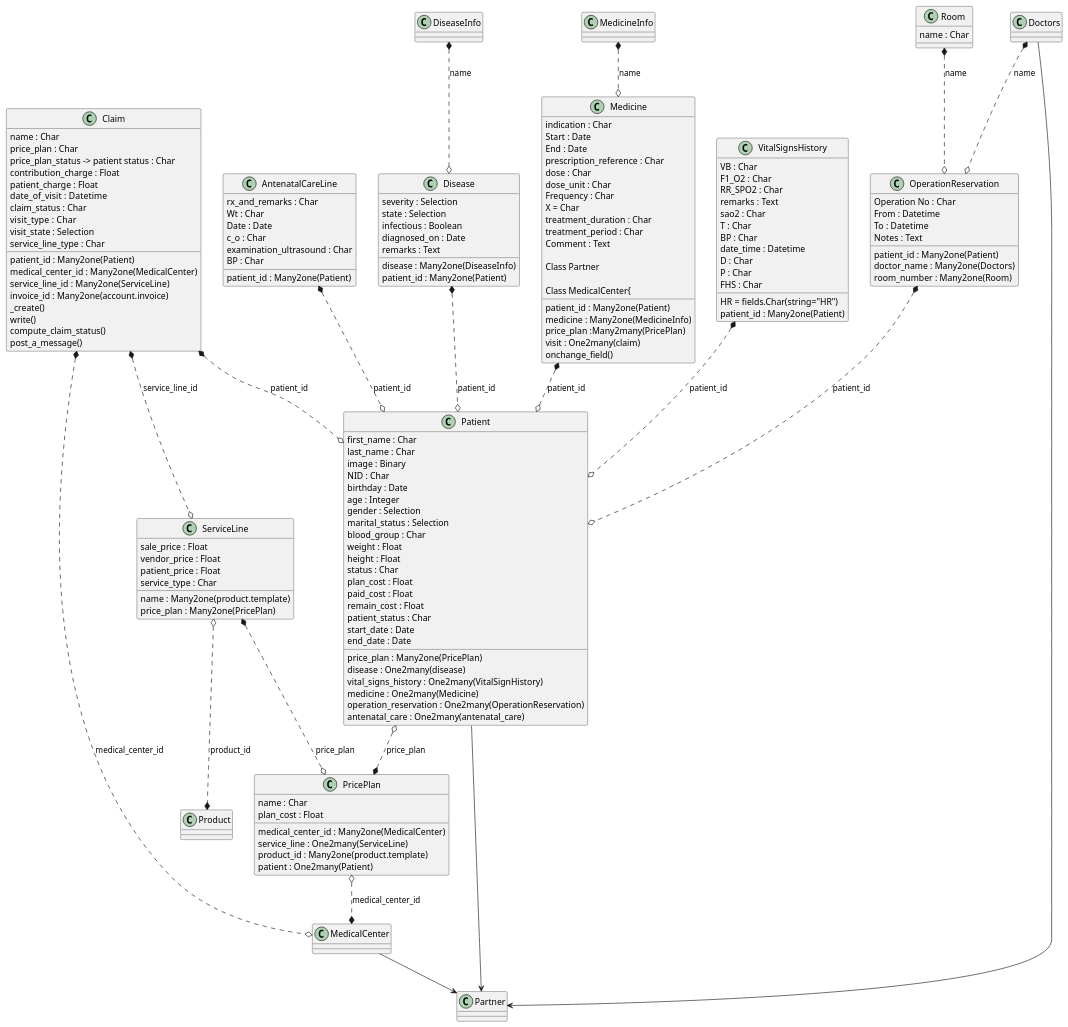
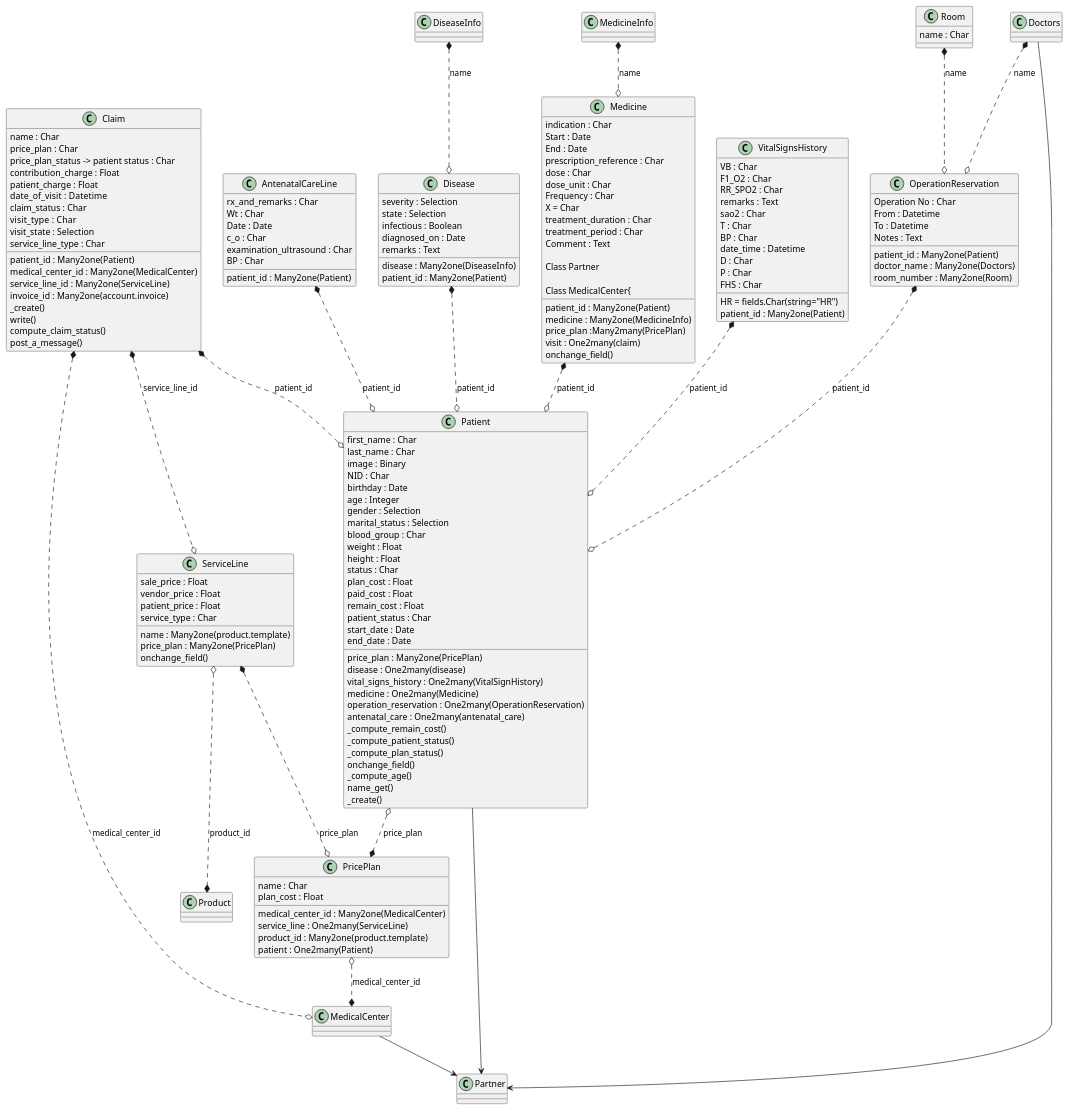
Before and after one commit to kholioeg/oeh_claim_management: the diagram in medical_insurance/claims_classes.puml, drawn with PlantUML.

Commit message:
Add functions in UML file

```diff
--- a/medical_insurance/claims_classes.puml
+++ b/medical_insurance/claims_classes.puml
@@ -1,185 +1,192 @@
 @startuml
 
 Claim *..o Patient : patient_id
 Claim *..o MedicalCenter : medical_center_id
 Claim *..o ServiceLine : service_line_id
 
 ServiceLine *..o PricePlan : price_plan
 ServiceLine o..* Product : product_id
 
 
 PricePlan o..* MedicalCenter : medical_center_id
 
 Patient o..* PricePlan : price_plan
 
 AntenatalCareLine *..o Patient : patient_id
 Disease *..o Patient : patient_id
 Medicine *..o Patient : patient_id
 OperationReservation *..o Patient : patient_id
 VitalSignsHistory *..o Patient : patient_id
 
 DiseaseInfo *..o Disease : name
 MedicineInfo *..o Medicine : name
 Doctors *..o OperationReservation : name
 Room *..o OperationReservation : name
 
 MedicalCenter --> Partner
 Patient --> Partner
 Doctors --> Partner
 
 
 
 class Room{
 name : Char
 }
 class Doctors{
 }
 class MedicineInfo{
 }
 class DiseaseInfo{
 }
 class OperationReservation{
     Operation No : Char
     From : Datetime
     To : Datetime
     Notes : Text
     patient_id : Many2one(Patient)
     doctor_name : Many2one(Doctors)
     room_number : Many2one(Room)
 }
 
 
 class VitalSignsHistory{
     VB : Char
     F1_O2 : Char
     RR_SPO2 : Char
     remarks : Text
     sao2 : Char
     T : Char
     BP : Char
     HR = fields.Char(string="HR")
     date_time : Datetime
     D : Char
     P : Char
     FHS : Char
     patient_id : Many2one(Patient)
 }
 class Disease{
     severity : Selection
     state : Selection
     infectious : Boolean
     diagnosed_on : Date
     remarks : Text
     disease : Many2one(DiseaseInfo)
     patient_id : Many2one(Patient)
 }
 
 class AntenatalCareLine{
     rx_and_remarks : Char
     Wt : Char
     Date : Date
     c_o : Char
     examination_ultrasound : Char
     BP : Char
     patient_id : Many2one(Patient)
 }
 
 Class Medicine{
     patient_id : Many2one(Patient)
     medicine : Many2one(MedicineInfo)
     indication : Char
     Start : Date
     End : Date
     prescription_reference : Char
     dose : Char
     dose_unit : Char
     Frequency : Char
     X = Char
     treatment_duration : Char
     treatment_period : Char
     Comment : Text
 
 Class Partner
 
 Class MedicalCenter{
     price_plan :Many2many(PricePlan)
     visit : One2many(claim)
     onchange_field()
 }
 
 Class ServiceLine
 {
     sale_price : Float
     vendor_price : Float
     patient_price : Float
     service_type : Char
     name : Many2one(product.template)
     price_plan : Many2one(PricePlan)
+    onchange_field()
 }
 
 
 
 
 Class PricePlan{
     name : Char
     plan_cost : Float
     medical_center_id : Many2one(MedicalCenter)
     service_line : One2many(ServiceLine)
     product_id : Many2one(product.template)
     patient : One2many(Patient)
 }
 
 Class Patient{
     first_name : Char
     last_name : Char
     image : Binary
     NID : Char
     birthday : Date
     age : Integer
     gender : Selection
     marital_status : Selection
     blood_group : Char
     weight : Float
     height : Float
     status : Char
     plan_cost : Float
     paid_cost : Float
     remain_cost : Float
     patient_status : Char
     start_date : Date
     end_date : Date
 
     price_plan : Many2one(PricePlan)
     disease : One2many(disease)
     vital_signs_history : One2many(VitalSignHistory)
     medicine : One2many(Medicine)
     operation_reservation : One2many(OperationReservation)
     antenatal_care : One2many(antenatal_care)
-
+    _compute_remain_cost()
+    _compute_patient_status()
+    _compute_plan_status()
+    onchange_field()
+    _compute_age()
+    name_get()
+    _create()
 }
 
 
 
 
 Class Claim{
     name : Char
     price_plan : Char
     price_plan_status -> patient status : Char
     contribution_charge : Float
     patient_charge : Float
     date_of_visit :  Datetime
     claim_status : Char
     visit_type :  Char
     visit_state : Selection
     service_line_type : Char
     patient_id : Many2one(Patient)
     medical_center_id : Many2one(MedicalCenter)
     service_line_id : Many2one(ServiceLine)
     invoice_id : Many2one(account.invoice)
     _create()
     write()
     compute_claim_status()
     post_a_message()
 }
 
 @enduml
```
